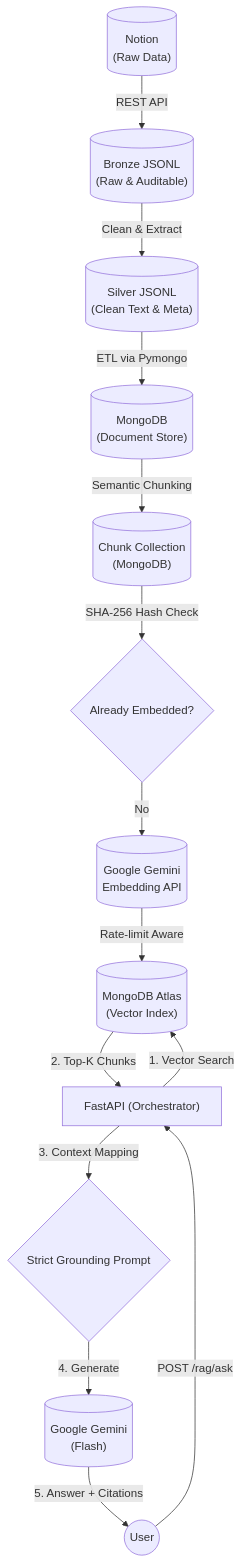
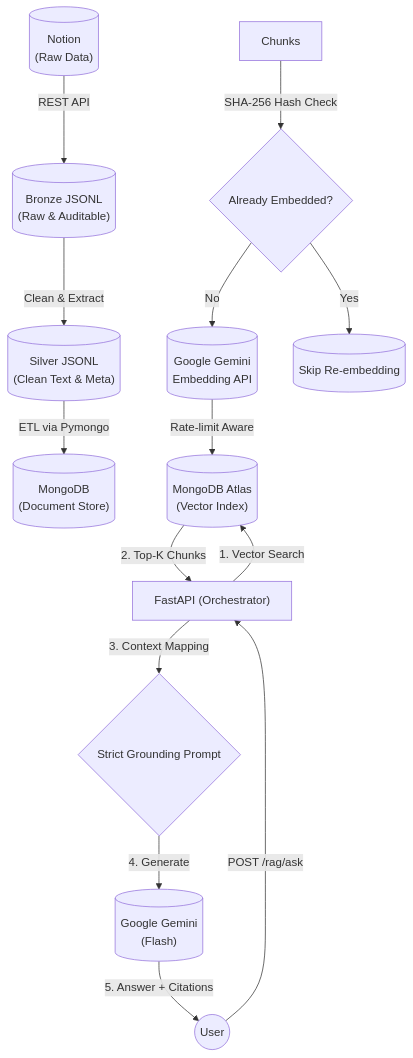
The diagram in README.md (dblue03333/mini-llm-twin), drawn with Mermaid before and after one commit.

Commit message:
docs: complete RAG flowchart with Skip branch in README.md

````diff
--- a/README.md
+++ b/README.md
@@ -11,21 +11,21 @@
 ```mermaid
 graph TD
     %% Ingestion Pipeline
     Notion[("Notion\n(Raw Data)")] -->|REST API| Bronze[("Bronze JSONL\n(Raw & Auditable)")]
     Bronze -->|Clean & Extract| Silver[("Silver JSONL\n(Clean Text & Meta)")]
     Silver -->|ETL via Pymongo| MongoSilver[("MongoDB\n(Document Store)")]
 
     %% Processing Pipeline
-    MongoSilver -->|Semantic Chunking| Chunks[("Chunk Collection\n(MongoDB)")]
     Chunks -->|SHA-256 Hash Check| Cache{"Already Embedded?"}
     Cache -- No --> EmbeddingAPI[("Google Gemini\nEmbedding API")]
+    Cache -- Yes --> Skip[("Skip Re-embedding")]
     EmbeddingAPI -->|Rate-limit Aware| AtlasSearch[("MongoDB Atlas\n(Vector Index)")]
 
     %% RAG Application
     User((User)) -->|POST /rag/ask| FastAPI["FastAPI (Orchestrator)"]
     FastAPI -->|1. Vector Search| AtlasSearch
     AtlasSearch -->|2. Top-K Chunks| FastAPI
     FastAPI -->|3. Context Mapping| Templating{"Strict Grounding Prompt"}
     Templating -->|4. Generate| GeminiLLM[("Google Gemini\n(Flash)")]
     GeminiLLM -->|5. Answer + Citations| User
 ```
````
